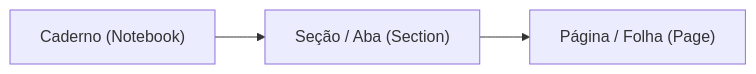
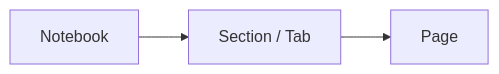
The diagram in docs/USER_GUIDE.md (LirielC/LeNote), drawn with Mermaid before and after one commit. The commit also changed other lines of this file, not shown here.

````diff
--- a/docs/USER_GUIDE.md
+++ b/docs/USER_GUIDE.md
@@ -40,5 +42,5 @@
 ```mermaid
 flowchart LR
-    NB["Caderno (Notebook)"] --> SEC["Seção / Aba (Section)"]
-    SEC --> PG["Página / Folha (Page)"]
+    NB["Notebook"] --> SEC["Section / Tab"]
+    SEC --> PG["Page"]
 ```
````
